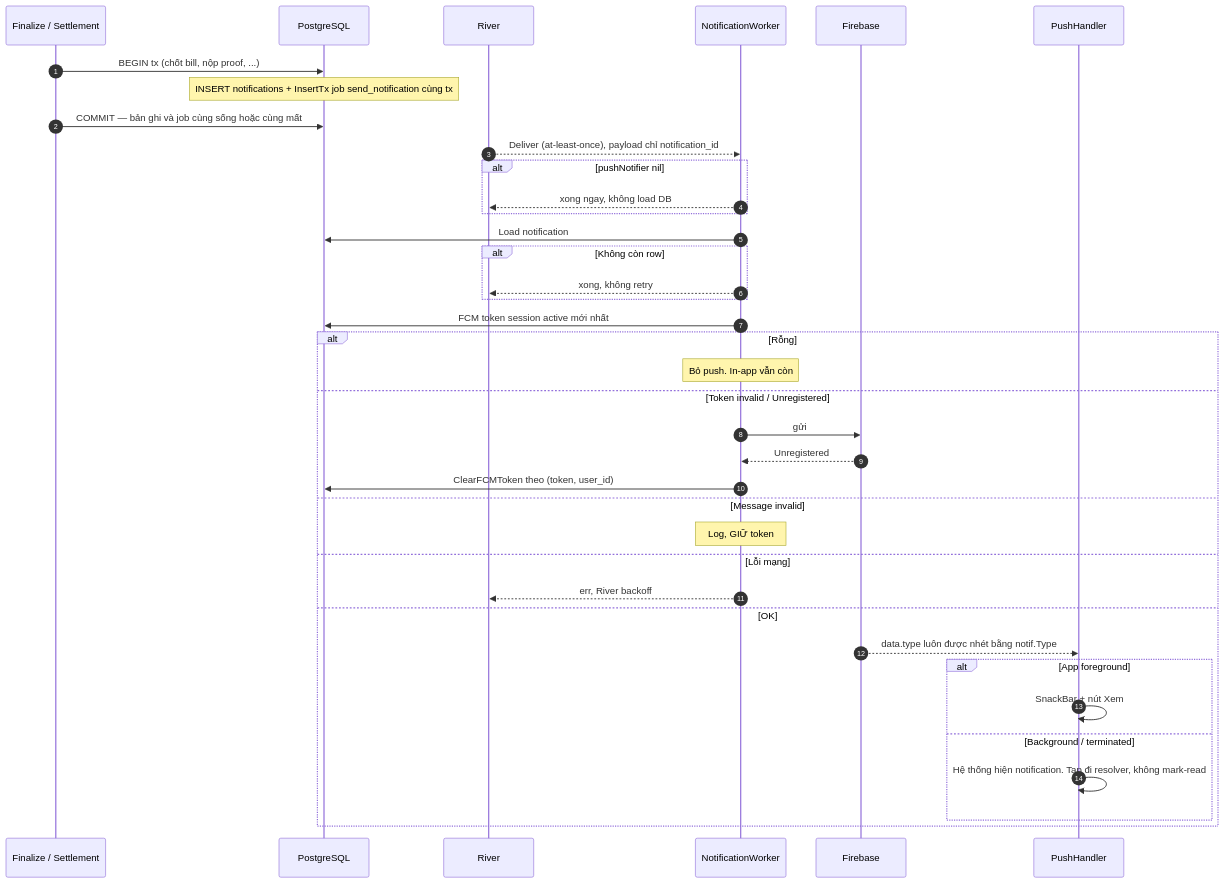
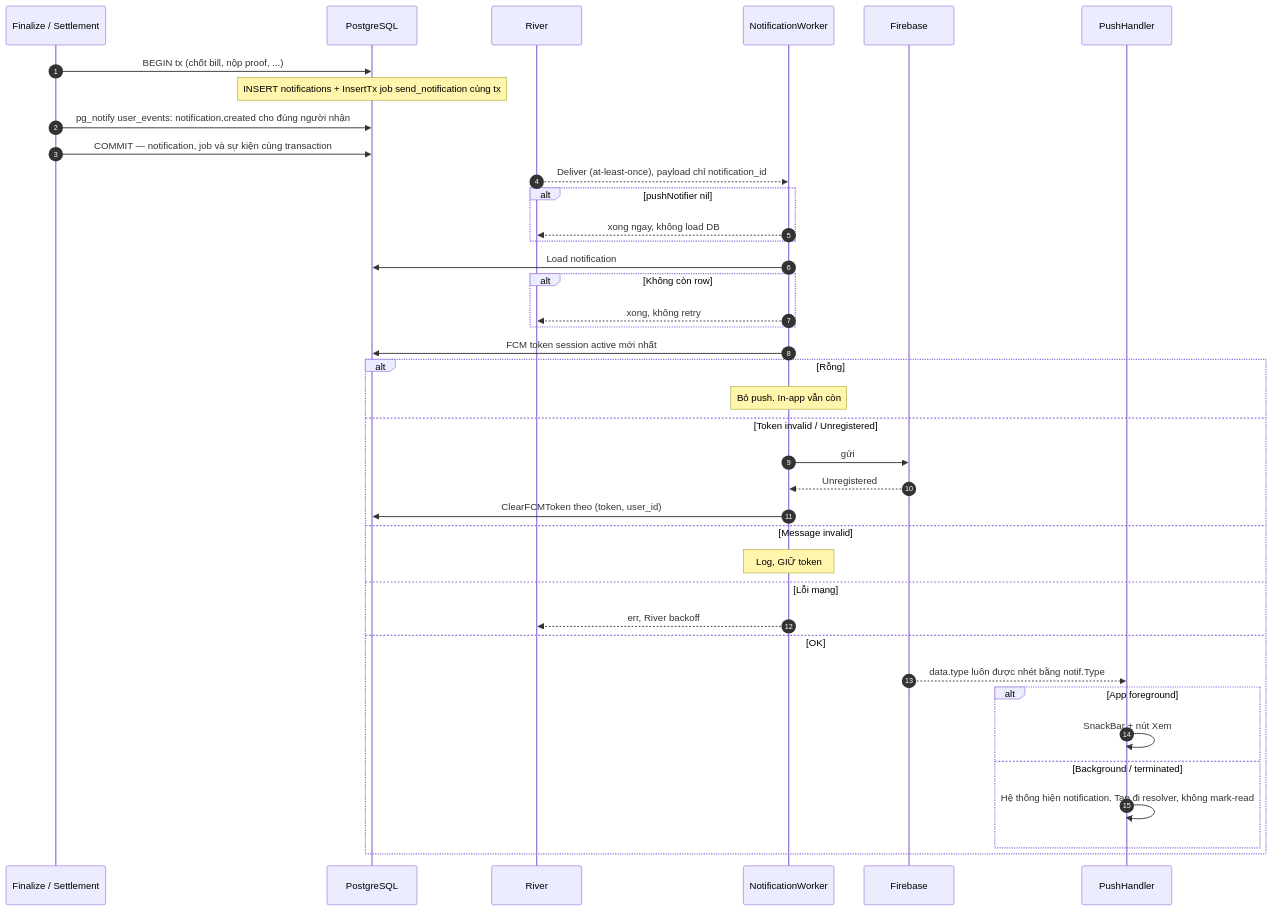
Before and after one commit to FintechVSF-Tranning/PaySplit-RP: the first of 5 diagrams in flow/05-notification.md, drawn with Mermaid. The commit also changed other lines of this file and 11 other files, not shown here.

First line of the commit message:
docs: Update flow documentation and reports for synchronization on 06/09/2026

````diff
--- a/flow/05-notification.md
+++ b/flow/05-notification.md
@@ -80,42 +86,43 @@
 ```mermaid
 sequenceDiagram
     autonumber
     participant P as Finalize / Settlement
     participant DB as PostgreSQL
     participant Q as River
     participant W as NotificationWorker
     participant FCM as Firebase
     participant FE as PushHandler
 
     P->>DB: BEGIN tx (chốt bill, nộp proof, ...)
     Note over DB: INSERT notifications + InsertTx job send_notification cùng tx
-    P->>DB: COMMIT — bản ghi và job cùng sống hoặc cùng mất
+    P->>DB: pg_notify user_events: notification.created cho đúng người nhận
+    P->>DB: COMMIT — notification, job và sự kiện cùng transaction
 
     Q-->>W: Deliver (at-least-once), payload chỉ notification_id
     alt pushNotifier nil
         W-->>Q: xong ngay, không load DB
     end
     W->>DB: Load notification
     alt Không còn row
         W-->>Q: xong, không retry
     end
     W->>DB: FCM token session active mới nhất
     alt Rỗng
         Note over W: Bỏ push. In-app vẫn còn
     else Token invalid / Unregistered
         W->>FCM: gửi
         FCM-->>W: Unregistered
         W->>DB: ClearFCMToken theo (token, user_id)
     else Message invalid
         Note over W: Log, GIỮ token
     else Lỗi mạng
         W-->>Q: err, River backoff
     else OK
         FCM-->>FE: data.type luôn được nhét bằng notif.Type
         alt App foreground
             FE->>FE: SnackBar + nút Xem
         else Background / terminated
             FE->>FE: Hệ thống hiện notification. Tap đi resolver, không mark-read
         end
     end
 ```
````
